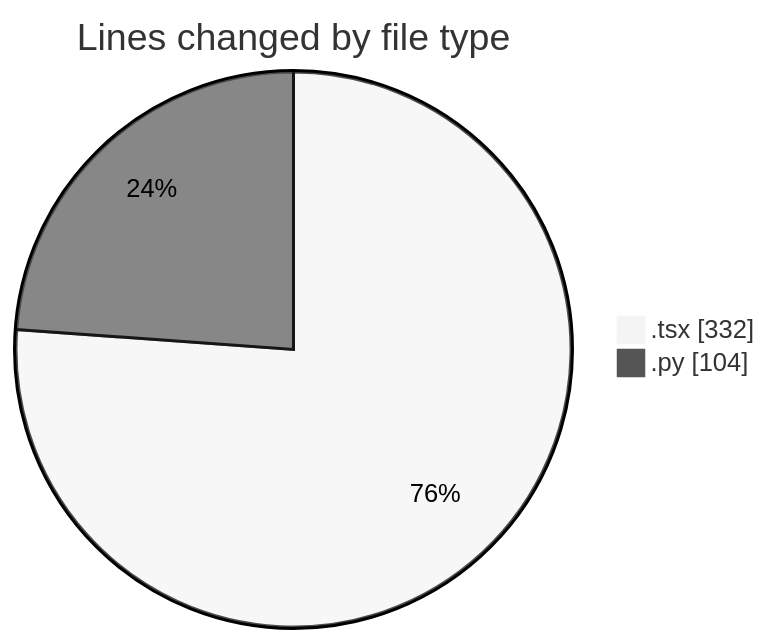
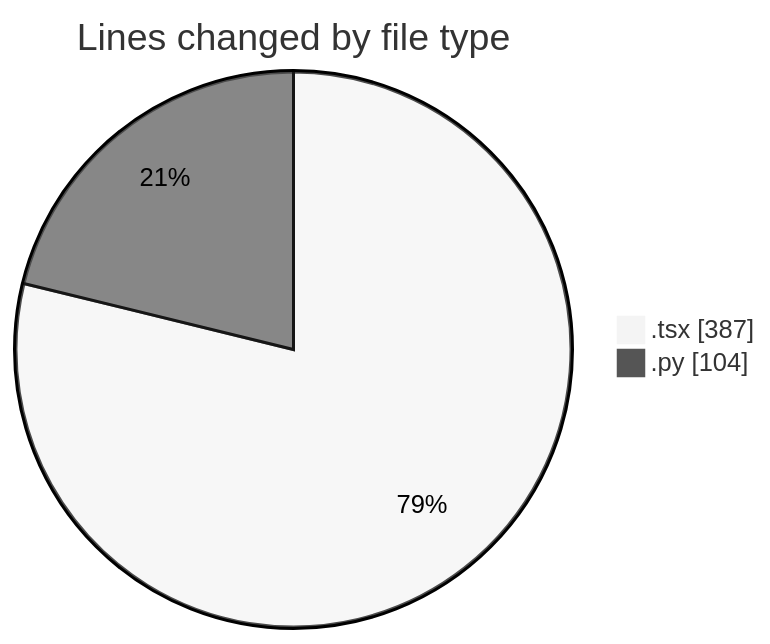
The first of 2 diagrams in 2025-06-24/scopecraft/README.md (Ritupan-Deka/code-tracking), drawn with Mermaid (neutral theme) before and after one commit. The commit also changed other lines of this file and 1 other file, not shown here.

````diff
--- a/2025-06-24/scopecraft/README.md
+++ b/2025-06-24/scopecraft/README.md
@@ -25,6 +25,6 @@
 ```mermaid
 pie showData
 title Lines changed by file type
-".tsx" : 332
+".tsx" : 387
 ".py" : 104
 ```
````
